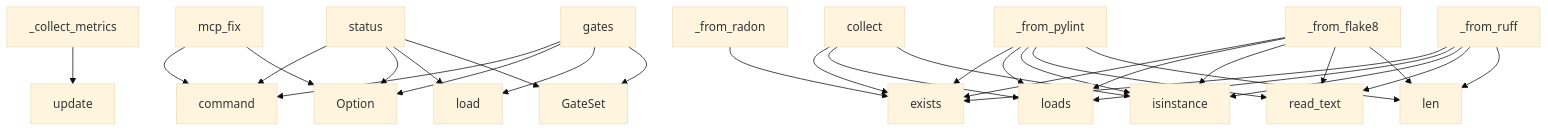
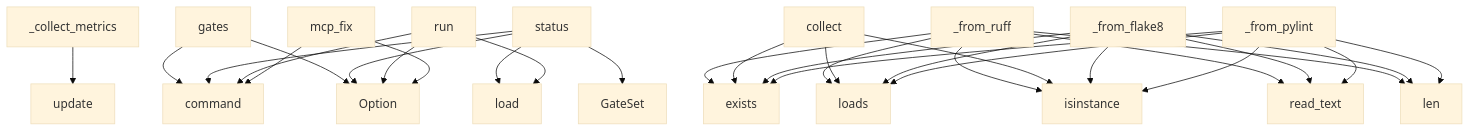
Before and after one commit to semcod/pyqual: the diagram in project/context.md, drawn with Mermaid (base theme). The commit also changed other lines of this file and 51 other files, not shown here.

````diff
--- a/project/context.md
+++ b/project/context.md
@@ -417,33 +421,33 @@
 ```mermaid
 graph TD
     mcp_fix --> command
     mcp_fix --> Option
     _collect_metrics --> update
     _from_pylint --> exists
     _from_pylint --> loads
     _from_pylint --> isinstance
     _from_pylint --> read_text
     _from_pylint --> len
     _from_flake8 --> exists
     _from_flake8 --> loads
     _from_flake8 --> isinstance
     _from_flake8 --> read_text
     _from_flake8 --> len
     collect --> exists
     collect --> loads
     collect --> isinstance
     _from_ruff --> exists
     _from_ruff --> loads
     _from_ruff --> isinstance
     _from_ruff --> read_text
     _from_ruff --> len
+    run --> command
+    run --> Option
+    run --> load
     status --> command
     status --> Option
     status --> load
     status --> GateSet
     gates --> command
     gates --> Option
-    gates --> load
-    gates --> GateSet
-    _from_radon --> exists
 ```
````
